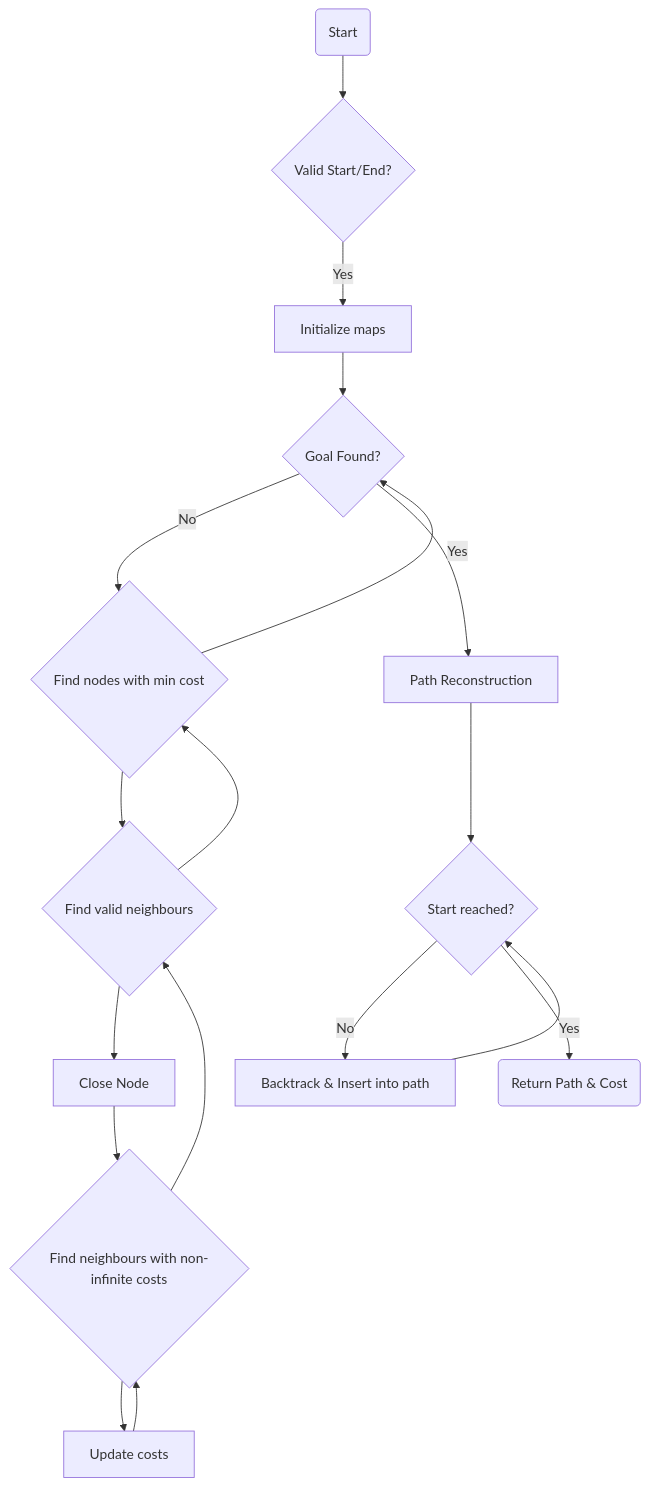
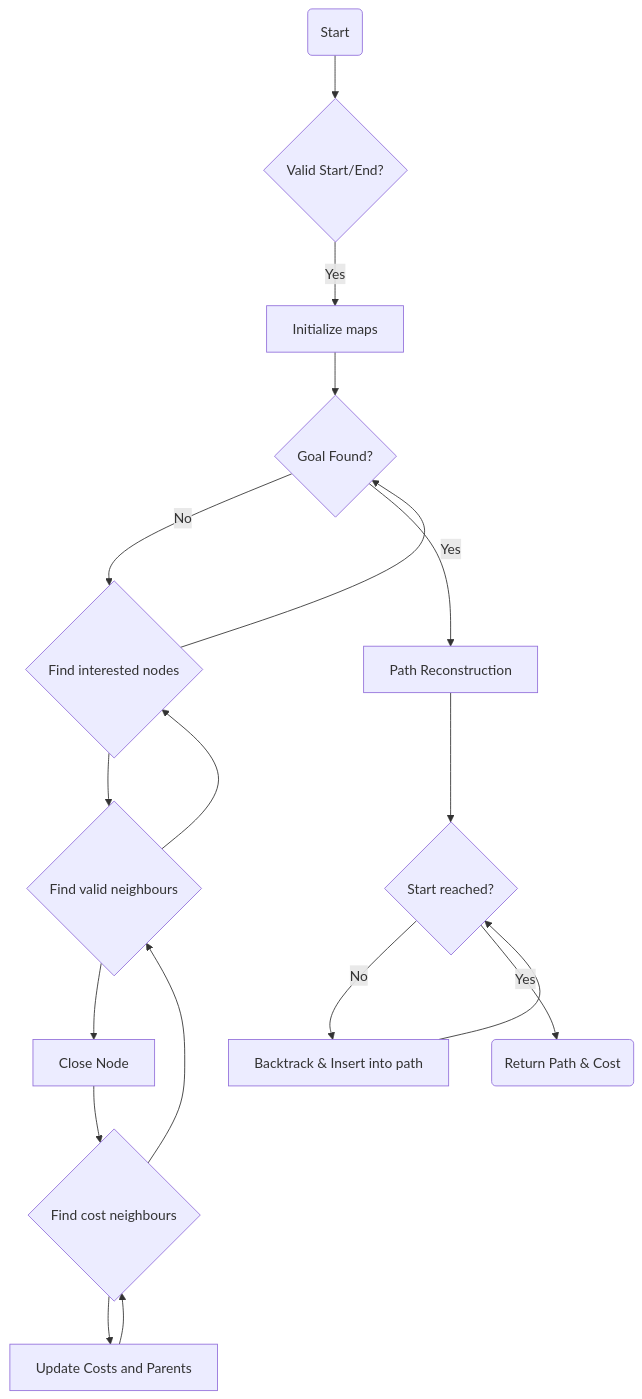
The diagram in README.md (imalhotra15/Graph-Planning), drawn with Mermaid before and after one commit. The commit also changed other lines of this file, not shown here.

````diff
--- a/README.md
+++ b/README.md
@@ -75,21 +75,21 @@
 ```mermaid
 
 flowchart TD
     A(Start) --> B{Valid Start/End?}
     B -- Yes --> C[Initialize maps]
     C --> D{Goal Found?}
-    D -- No --> nodes_interest{Find nodes with min cost}
+    D -- No --> nodes_interest{Find interested nodes}
     nodes_interest --> valid_neighbours{Find valid neighbours}
     valid_neighbours --> close_node[Close Node]
-    close_node --> cost_neighbours{Find neighbours with non-infinite costs}
-    cost_neighbours --> update[Update costs]
+    close_node --> cost_neighbours{Find cost neighbours}
+    cost_neighbours --> update[Update Costs and Parents]
     update --> cost_neighbours
     cost_neighbours --> valid_neighbours
     valid_neighbours --> nodes_interest
     nodes_interest --> D
     D -- Yes --> I[Path Reconstruction]
     I --> J{Start reached?}
     J -- No --> K[Backtrack & Insert into path]
     K --> J
     J -- Yes --> L(Return Path & Cost)
 ```
````
